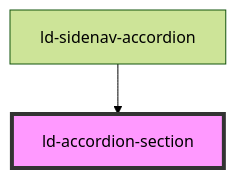
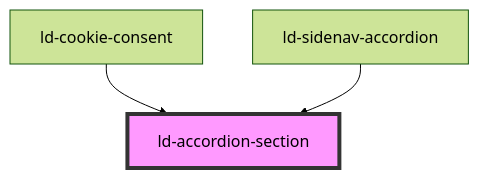
One commit to emdgroup-liquid/liquid changed the diagram in src/liquid/components/ld-accordion/ld-accordion-section/readme.md. Above: the diagram before and after it, drawn with Mermaid (forest theme). The commit also changed other lines of this file and 41 other files, not shown here.

Commit message:
feat(ld-cookie-consent): component which helps to comply with privacy regulations

````diff
--- a/src/liquid/components/ld-accordion/ld-accordion-section/readme.md
+++ b/src/liquid/components/ld-accordion/ld-accordion-section/readme.md
@@ -45,5 +46,6 @@
 ```mermaid
 graph TD;
+  ld-cookie-consent --> ld-accordion-section
   ld-sidenav-accordion --> ld-accordion-section
   style ld-accordion-section fill:#f9f,stroke:#333,stroke-width:4px
 ```
````
